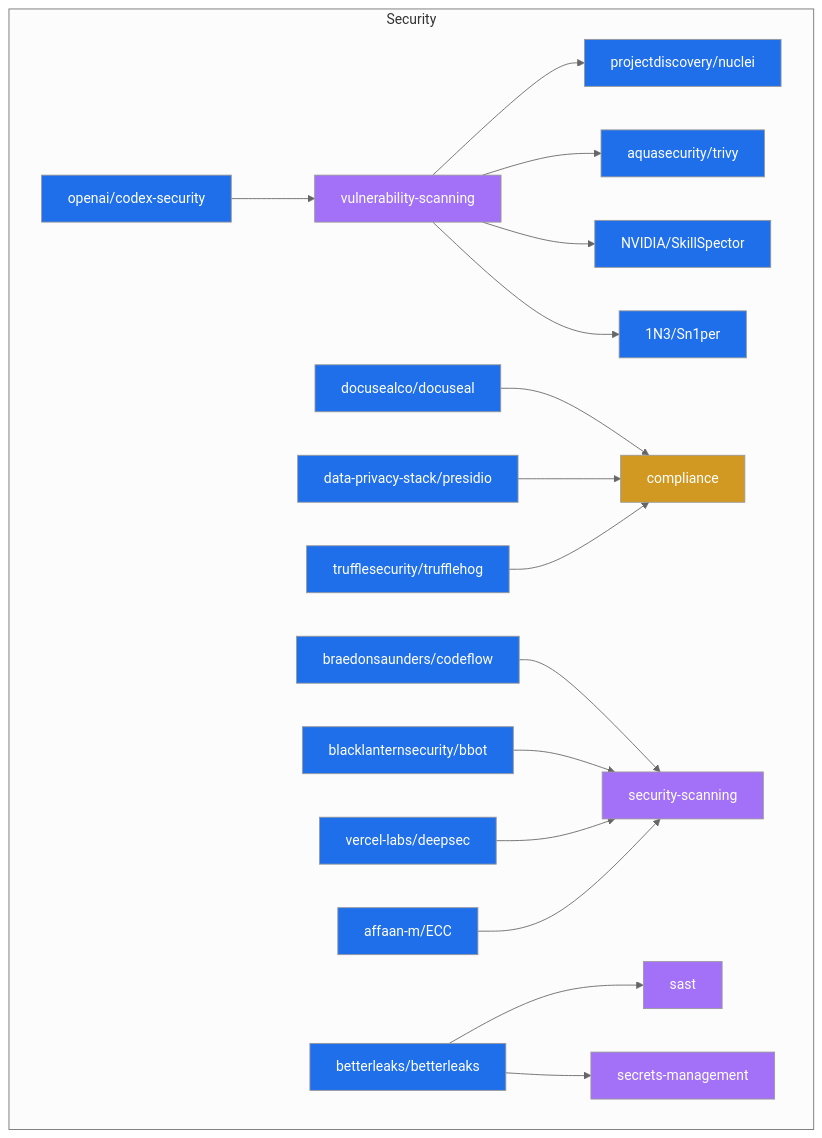
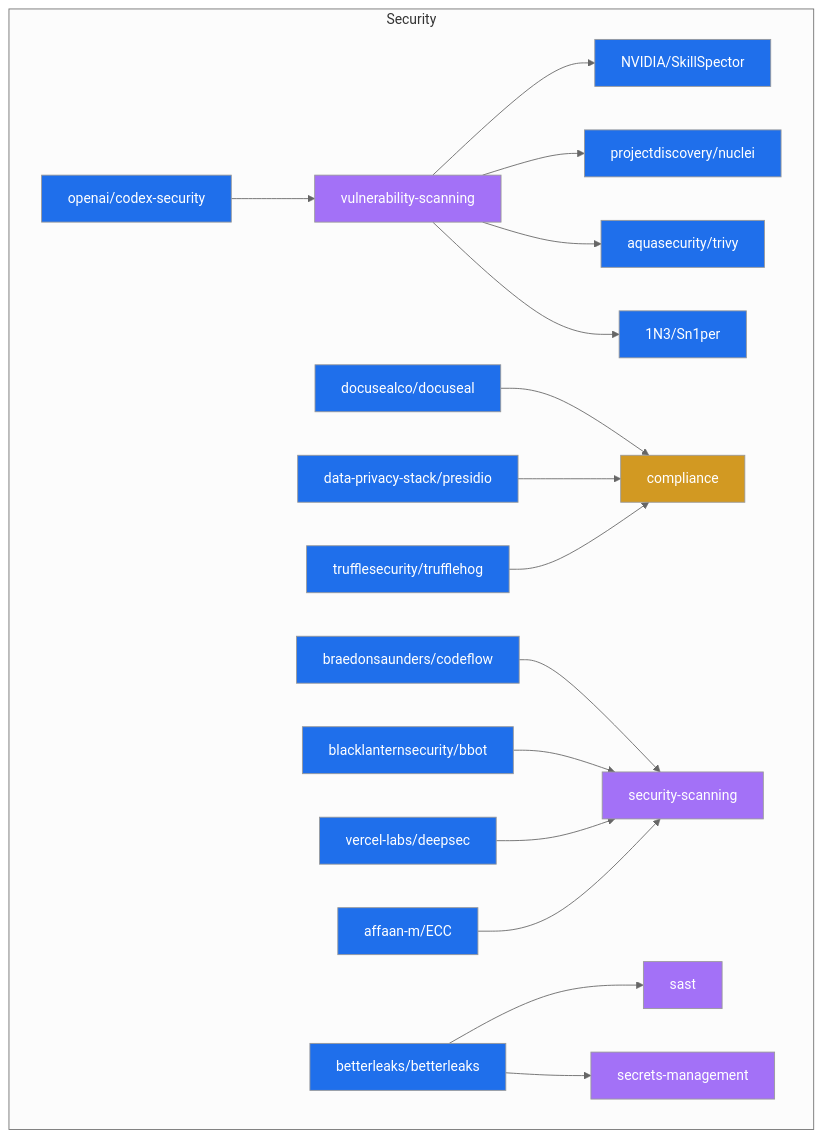
One commit to Meru143/star-graph changed the diagram in data/star_graph_security.mermaid. Above: the diagram before and after it, drawn with Mermaid (neutral theme). The commit also changed other lines of this file and 15 other files, not shown here.

```diff
--- a/data/star_graph_security.mermaid
+++ b/data/star_graph_security.mermaid
@@ -1,40 +1,40 @@
 graph TD
   subgraph security ["Security"]
+    NVIDIA_SkillSpector["NVIDIA/SkillSpector"]:::repo
+    projectdiscovery_nuclei["projectdiscovery/nuclei"]:::repo
+    docusealco_docuseal["docusealco/docuseal"]:::repo
+    aquasecurity_trivy["aquasecurity/trivy"]:::repo
+    affaan_m_ECC["affaan-m/ECC"]:::repo
+    openai_codex_security["openai/codex-security"]:::repo
+    1N3_Sn1per["1N3/Sn1per"]:::repo
+    betterleaks_betterleaks["betterleaks/betterleaks"]:::repo
+    sast["sast"]:::topic
+    vulnerability_scanning["vulnerability-scanning"]:::topic
+    security_scanning["security-scanning"]:::topic
+    secrets_management["secrets-management"]:::topic
+    compliance["compliance"]:::use_case
+    data_privacy_stack_presidio["data-privacy-stack/presidio"]:::repo
     braedonsaunders_codeflow["braedonsaunders/codeflow"]:::repo
-    secrets_management["secrets-management"]:::topic
     blacklanternsecurity_bbot["blacklanternsecurity/bbot"]:::repo
     vercel_labs_deepsec["vercel-labs/deepsec"]:::repo
-    1N3_Sn1per["1N3/Sn1per"]:::repo
-    affaan_m_ECC["affaan-m/ECC"]:::repo
-    aquasecurity_trivy["aquasecurity/trivy"]:::repo
-    NVIDIA_SkillSpector["NVIDIA/SkillSpector"]:::repo
-    compliance["compliance"]:::use_case
-    docusealco_docuseal["docusealco/docuseal"]:::repo
-    sast["sast"]:::topic
-    vulnerability_scanning["vulnerability-scanning"]:::topic
-    betterleaks_betterleaks["betterleaks/betterleaks"]:::repo
-    data_privacy_stack_presidio["data-privacy-stack/presidio"]:::repo
-    projectdiscovery_nuclei["projectdiscovery/nuclei"]:::repo
-    security_scanning["security-scanning"]:::topic
     trufflesecurity_trufflehog["trufflesecurity/trufflehog"]:::repo
-    openai_codex_security["openai/codex-security"]:::repo
   end
   openai_codex_security --> vulnerability_scanning
   vulnerability_scanning --> projectdiscovery_nuclei
   vulnerability_scanning --> aquasecurity_trivy
   vulnerability_scanning --> NVIDIA_SkillSpector
   vulnerability_scanning --> 1N3_Sn1per
   docusealco_docuseal --> compliance
   data_privacy_stack_presidio --> compliance
   braedonsaunders_codeflow --> security_scanning
   trufflesecurity_trufflehog --> compliance
   betterleaks_betterleaks --> sast
   betterleaks_betterleaks --> secrets_management
   blacklanternsecurity_bbot --> security_scanning
   vercel_labs_deepsec --> security_scanning
   affaan_m_ECC --> security_scanning
   classDef repo fill:#1f6feb,color:#fff;
   classDef topic fill:#a371f7,color:#fff;
   classDef technology fill:#3fb950,color:#fff;
   classDef use_case fill:#d29922,color:#fff;
   classDef architecture fill:#f85149,color:#fff;
```
